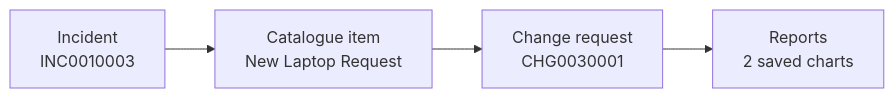
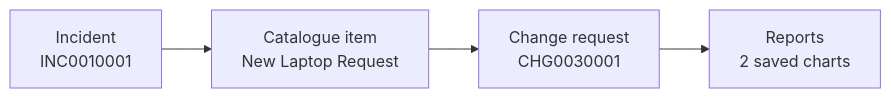
One commit to betred6/It-admin-labs changed the first of 3 diagrams in lab4-servicenow/README.md. Above: the diagram before and after it, drawn with Mermaid. The commit also changed other lines of this file, not shown here.

Commit message:
Rebuild Lab 4 README on dev446907 (INC0010001, CHG0030001)

````diff
--- a/lab4-servicenow/README.md
+++ b/lab4-servicenow/README.md
@@ -10,6 +12,6 @@
 ```mermaid
 flowchart LR
-    INC["Incident<br/>INC0010003"] --> CAT["Catalogue item<br/>New Laptop Request"]
+    INC["Incident<br/>INC0010001"] --> CAT["Catalogue item<br/>New Laptop Request"]
     CAT --> CHG["Change request<br/>CHG0030001"]
     CHG --> REP["Reports<br/>2 saved charts"]
 ```
````
